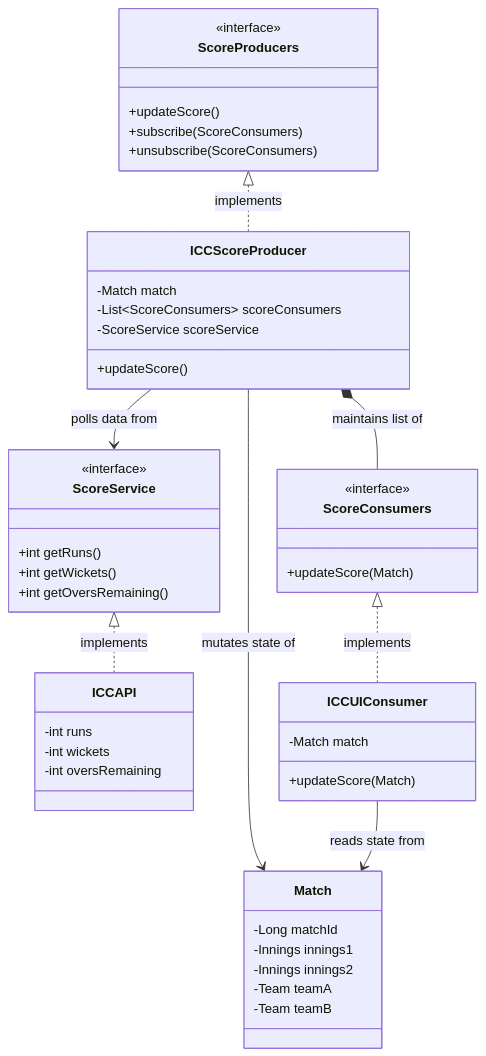
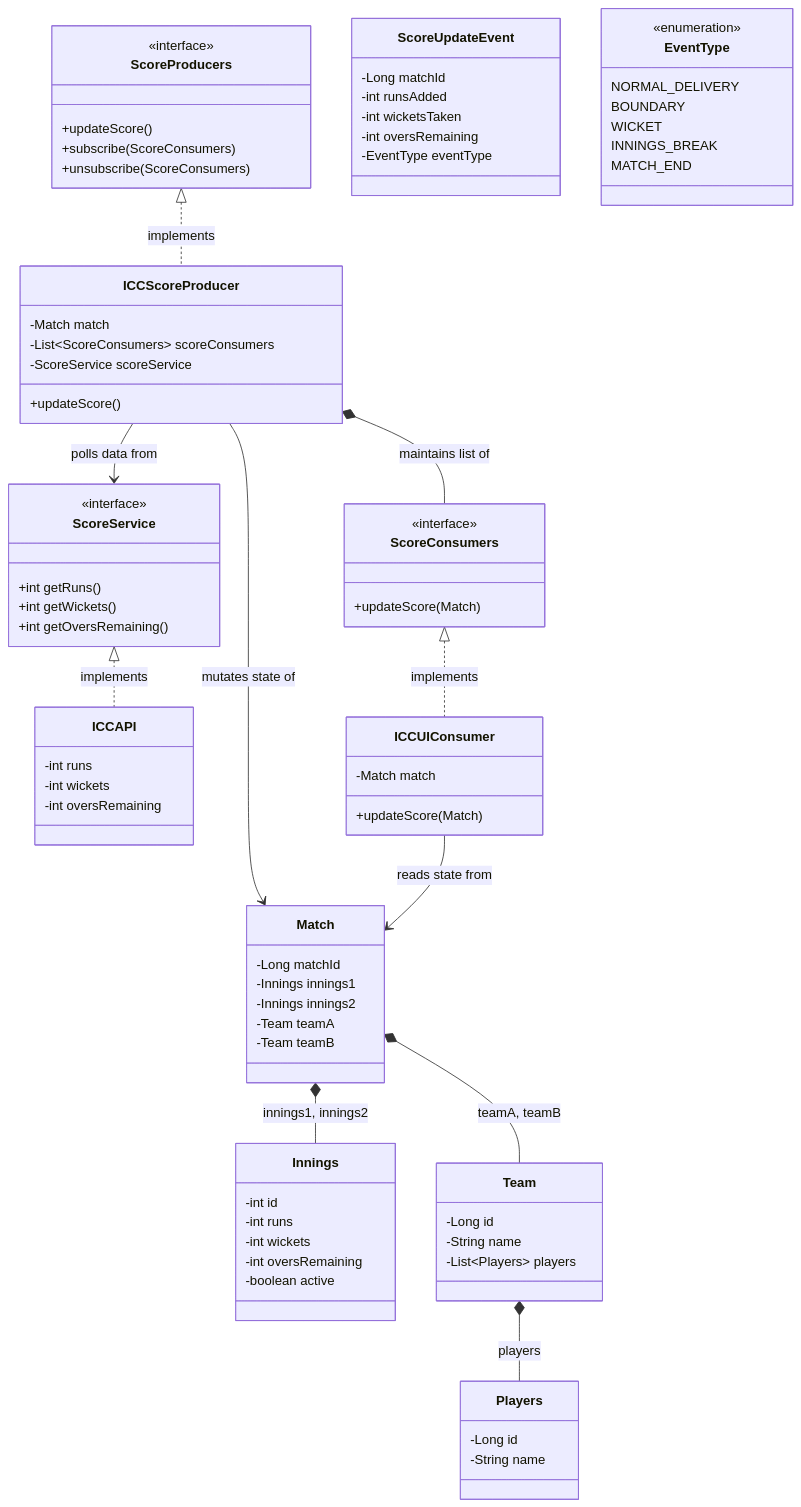
Before and after one commit to Prakhar-FF13/Low-Level-Design: the first of 3 diagrams in src/main/java/com/springmicroservice/lowleveldesignproblems/cricbuzz/README.md, drawn with Mermaid. The commit also changed other lines of this file and 6 other files, not shown here.

Commit message:
feat: Enhance low-level design documentation with new class diagrams for ATM, Bookmyshow, Cache System, Cricbuzz, Parking Lot, Route Handler, and Rule Engine, including additional classes and relationships for improved clarity.

```diff
--- a/src/main/java/com/springmicroservice/lowleveldesignproblems/cricbuzz/README.md
+++ b/src/main/java/com/springmicroservice/lowleveldesignproblems/cricbuzz/README.md
@@ -76,6 +76,46 @@
         -Team teamB
     }
 
+    class Innings {
+        -int id
+        -int runs
+        -int wickets
+        -int oversRemaining
+        -boolean active
+    }
+
+    class Team {
+        -Long id
+        -String name
+        -List~Players~ players
+    }
+
+    class Players {
+        -Long id
+        -String name
+    }
+
+    class ScoreUpdateEvent {
+        -Long matchId
+        -int runsAdded
+        -int wicketsTaken
+        -int oversRemaining
+        -EventType eventType
+    }
+
+    class EventType {
+        <<enumeration>>
+        NORMAL_DELIVERY
+        BOUNDARY
+        WICKET
+        INNINGS_BREAK
+        MATCH_END
+    }
+
+    Match *-- Innings : innings1, innings2
+    Match *-- Team : teamA, teamB
+    Team *-- Players : players
+
     ScoreService <|.. ICCAPI : implements
     ScoreProducers <|.. ICCScoreProducer : implements
     ScoreConsumers <|.. ICCUIConsumer : implements
```
